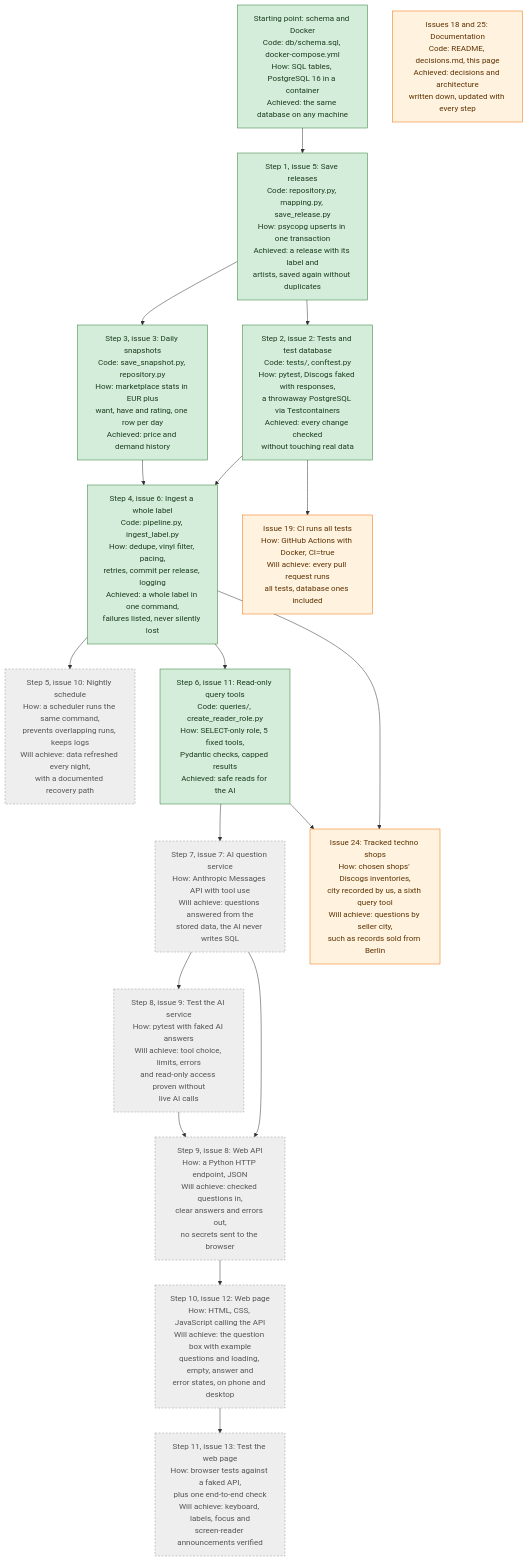
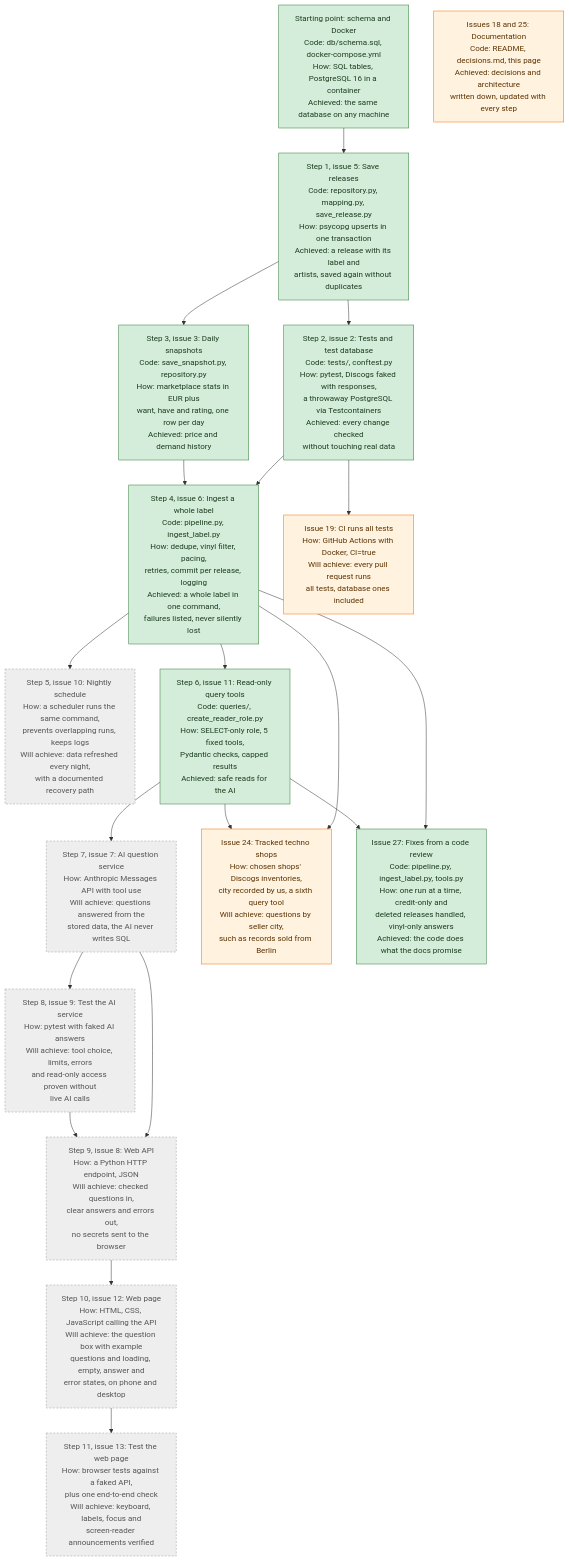
The second of 4 diagrams in docs/architecture.md (AntonisKol/music-catalogue-market-trends-wip), drawn with Mermaid before and after one commit. The commit also changed other lines of this file and 2 other files, not shown here.

Commit message:
Document the review fixes in the README, decisions and architecture map

````diff
--- a/docs/architecture.md
+++ b/docs/architecture.md
@@ -91,42 +91,45 @@
 ```mermaid
 flowchart TD
     S0["Starting point: schema and Docker<br/>Code: db/schema.sql, docker-compose.yml<br/>How: SQL tables, PostgreSQL 16 in a container<br/>Achieved: the same database on any machine"]
     S1["Step 1, issue 5: Save releases<br/>Code: repository.py, mapping.py, save_release.py<br/>How: psycopg upserts in one transaction<br/>Achieved: a release with its label and<br/>artists, saved again without duplicates"]
     S2["Step 2, issue 2: Tests and test database<br/>Code: tests/, conftest.py<br/>How: pytest, Discogs faked with responses,<br/>a throwaway PostgreSQL via Testcontainers<br/>Achieved: every change checked<br/>without touching real data"]
     S3["Step 3, issue 3: Daily snapshots<br/>Code: save_snapshot.py, repository.py<br/>How: marketplace stats in EUR plus<br/>want, have and rating, one row per day<br/>Achieved: price and demand history"]
     S4["Step 4, issue 6: Ingest a whole label<br/>Code: pipeline.py, ingest_label.py<br/>How: dedupe, vinyl filter, pacing,<br/>retries, commit per release, logging<br/>Achieved: a whole label in one command,<br/>failures listed, never silently lost"]
     S5["Step 5, issue 10: Nightly schedule<br/>How: a scheduler runs the same command,<br/>prevents overlapping runs, keeps logs<br/>Will achieve: data refreshed every night,<br/>with a documented recovery path"]
     S6["Step 6, issue 11: Read-only query tools<br/>Code: queries/, create_reader_role.py<br/>How: SELECT-only role, 5 fixed tools,<br/>Pydantic checks, capped results<br/>Achieved: safe reads for the AI"]
     S7["Step 7, issue 7: AI question service<br/>How: Anthropic Messages API with tool use<br/>Will achieve: questions answered from the<br/>stored data, the AI never writes SQL"]
     S8["Step 8, issue 9: Test the AI service<br/>How: pytest with faked AI answers<br/>Will achieve: tool choice, limits, errors<br/>and read-only access proven without<br/>live AI calls"]
     S9["Step 9, issue 8: Web API<br/>How: a Python HTTP endpoint, JSON<br/>Will achieve: checked questions in,<br/>clear answers and errors out,<br/>no secrets sent to the browser"]
     S10["Step 10, issue 12: Web page<br/>How: HTML, CSS, JavaScript calling the API<br/>Will achieve: the question box with example<br/>questions and loading, empty, answer and<br/>error states, on phone and desktop"]
     S11["Step 11, issue 13: Test the web page<br/>How: browser tests against a faked API,<br/>plus one end-to-end check<br/>Will achieve: keyboard, labels, focus and<br/>screen-reader announcements verified"]
     F19["Issue 19: CI runs all tests<br/>How: GitHub Actions with Docker, CI=true<br/>Will achieve: every pull request runs<br/>all tests, database ones included"]
     F24["Issue 24: Tracked techno shops<br/>How: chosen shops' Discogs inventories,<br/>city recorded by us, a sixth query tool<br/>Will achieve: questions by seller city,<br/>such as records sold from Berlin"]
+    F27["Issue 27: Fixes from a code review<br/>Code: pipeline.py, ingest_label.py, tools.py<br/>How: one run at a time, credit-only and<br/>deleted releases handled, vinyl-only answers<br/>Achieved: the code does what the docs promise"]
     F18["Issues 18 and 25: Documentation<br/>Code: README, decisions.md, this page<br/>Achieved: decisions and architecture<br/>written down, updated with every step"]
 
     S0 --> S1
     S1 --> S2
     S1 --> S3
     S2 --> S4
     S3 --> S4
     S4 --> S5
     S4 --> S6
     S6 --> S7
     S7 --> S8
     S7 --> S9
     S8 --> S9
     S9 --> S10
     S10 --> S11
     S2 --> F19
     S4 --> F24
     S6 --> F24
+    S4 --> F27
+    S6 --> F27
 
     classDef built fill:#d4edda,stroke:#2e7d32,color:#1b3d1f
     classDef planned fill:#eeeeee,stroke:#9e9e9e,color:#555555,stroke-dasharray: 4 3
     classDef support fill:#fff3e0,stroke:#ef6c00,color:#5d3200
-    class S0,S1,S2,S3,S4,S6 built
+    class S0,S1,S2,S3,S4,S6,F27 built
     class S5,S7,S8,S9,S10,S11 planned
     class F19,F24,F18 support
 ```
````
